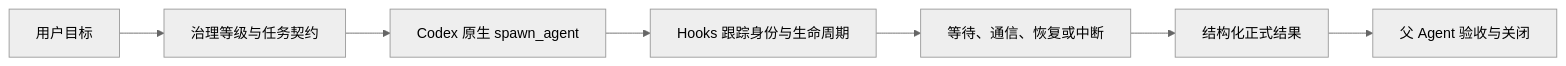
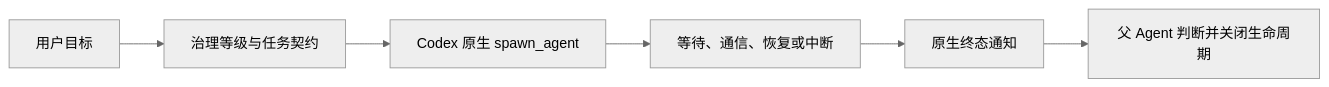
The diagram in README.md (uigdwunm/subagent-governance), drawn with Mermaid (neutral theme) before and after one commit. The commit also changed other lines of this file and 118 other files, not shown here.

````diff
--- a/README.md
+++ b/README.md
@@ -39,9 +23,8 @@
 ```mermaid
 flowchart LR
     A["用户目标"] --> B["治理等级与任务契约"]
     B --> C["Codex 原生 spawn_agent"]
-    C --> D["Hooks 跟踪身份与生命周期"]
-    D --> E["等待、通信、恢复或中断"]
-    E --> F["结构化正式结果"]
-    F --> G["父 Agent 验收与关闭"]
+    C --> D["等待、通信、恢复或中断"]
+    D --> E["原生终态通知"]
+    E --> F["父 Agent 判断并关闭生命周期"]
 ```
````
